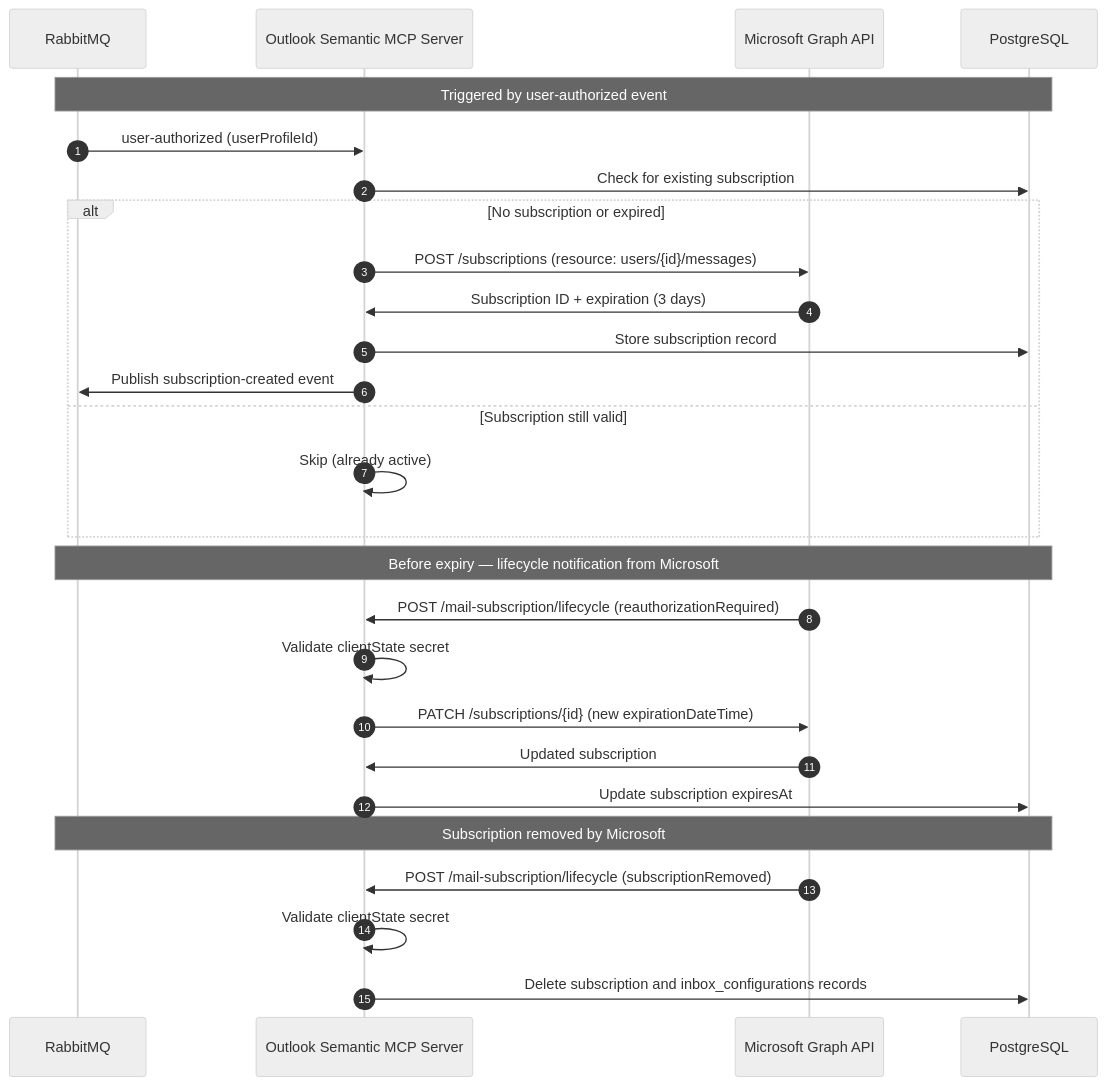
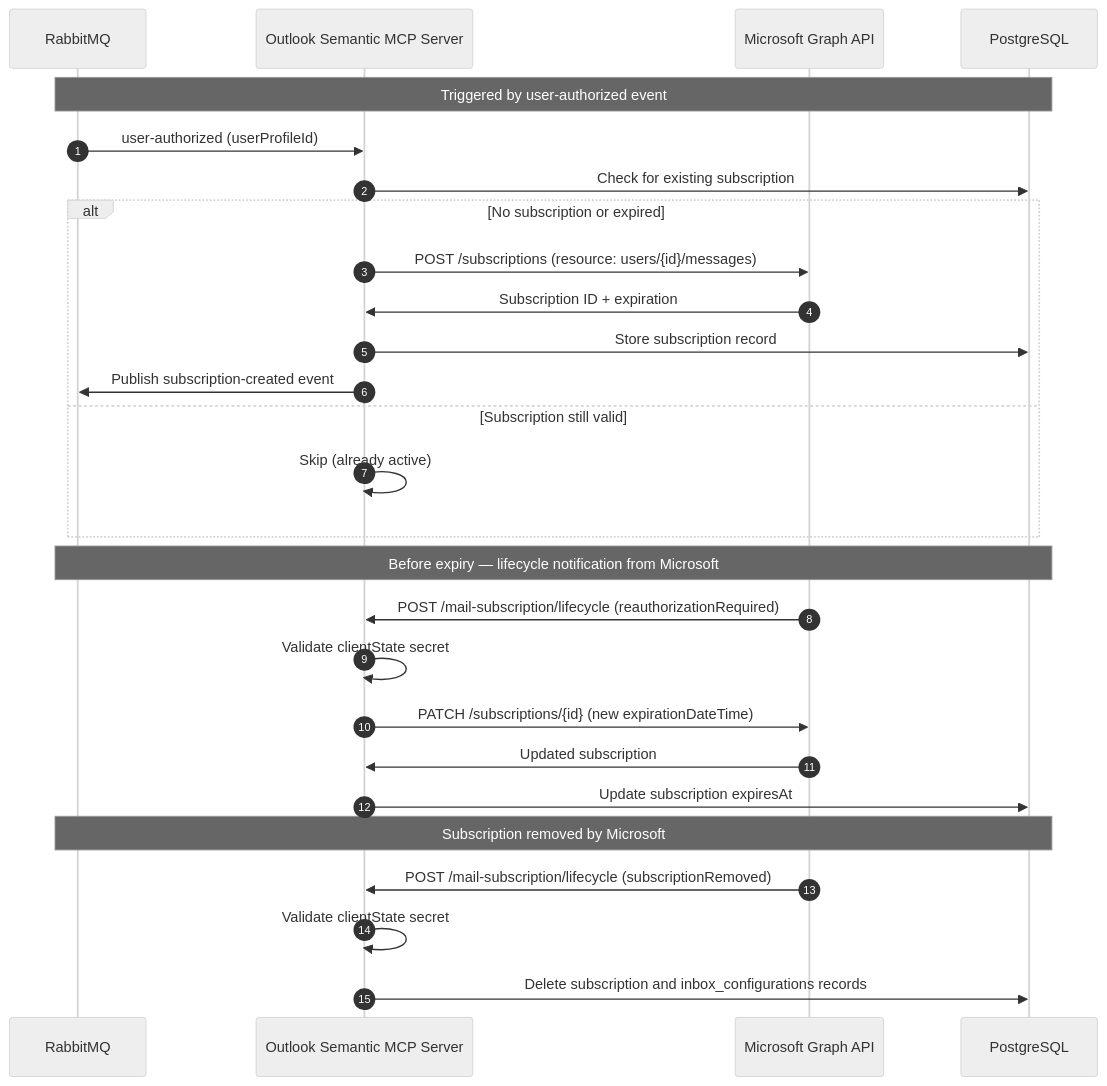
One commit to Unique-AG/connectors changed the third of 7 diagrams in services/outlook-semantic-mcp/docs/technical/flows.md. Above: the diagram before and after it, drawn with Mermaid. The commit also changed other lines of this file and 14 other files, not shown here.

````diff
--- a/services/outlook-semantic-mcp/docs/technical/flows.md
+++ b/services/outlook-semantic-mcp/docs/technical/flows.md
@@ -80,33 +80,33 @@
 ```mermaid
 %%{init: {'theme': 'neutral', 'themeVariables': { 'fontSize': '14px' }}}%%
 sequenceDiagram
     autonumber
     participant AMQP as RabbitMQ
     participant OutlookMCP as Outlook Semantic MCP Server
     participant MSGraph as Microsoft Graph API
     participant DB as PostgreSQL
 
     Note over AMQP,DB: Triggered by user-authorized event
     AMQP->>OutlookMCP: user-authorized (userProfileId)
     OutlookMCP->>DB: Check for existing subscription
     alt No subscription or expired
         OutlookMCP->>MSGraph: POST /subscriptions (resource: users/{id}/messages)
-        MSGraph->>OutlookMCP: Subscription ID + expiration (3 days)
+        MSGraph->>OutlookMCP: Subscription ID + expiration
         OutlookMCP->>DB: Store subscription record
         OutlookMCP->>AMQP: Publish subscription-created event
     else Subscription still valid
         OutlookMCP->>OutlookMCP: Skip (already active)
     end
 
     Note over AMQP,DB: Before expiry — lifecycle notification from Microsoft
     MSGraph->>OutlookMCP: POST /mail-subscription/lifecycle (reauthorizationRequired)
     OutlookMCP->>OutlookMCP: Validate clientState secret
     OutlookMCP->>MSGraph: PATCH /subscriptions/{id} (new expirationDateTime)
     MSGraph->>OutlookMCP: Updated subscription
     OutlookMCP->>DB: Update subscription expiresAt
 
     Note over AMQP,DB: Subscription removed by Microsoft
     MSGraph->>OutlookMCP: POST /mail-subscription/lifecycle (subscriptionRemoved)
     OutlookMCP->>OutlookMCP: Validate clientState secret
     OutlookMCP->>DB: Delete subscription and inbox_configurations records
 ```
````
